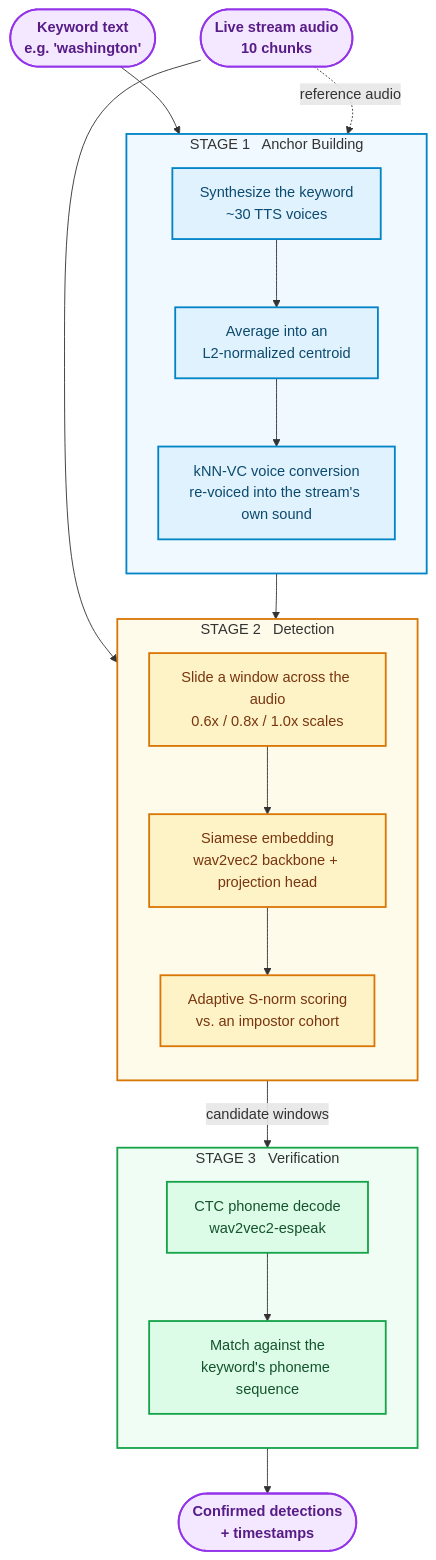
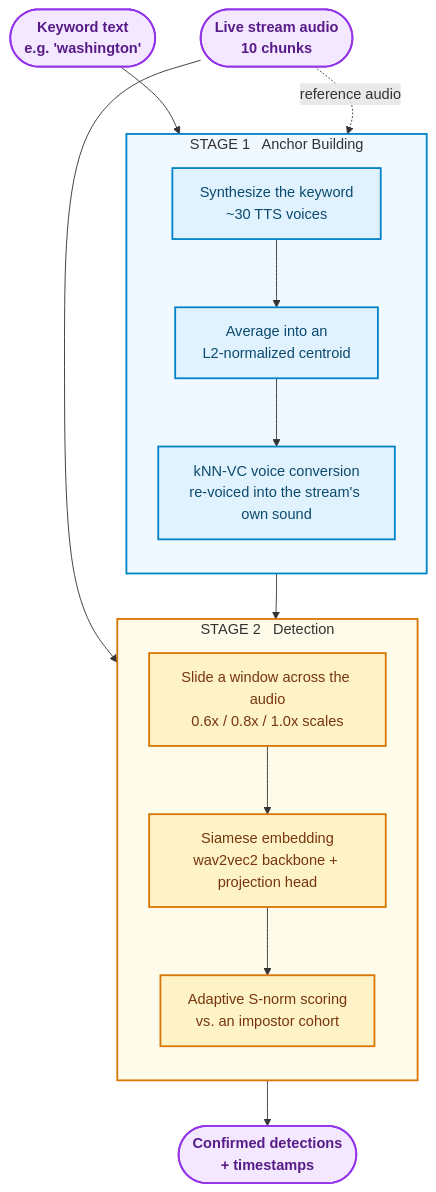
One commit to Fawwad795/Video-Context-Extraction-System changed the diagram in Siamese_VMS_Project/README.md. Above: the diagram before and after it, drawn with Mermaid. The commit also changed other lines of this file and 23 other files, not shown here.

First line of the commit message:
Remove Stage 3 phoneme verifier; consolidate to 2-stage production pipeline.

````diff
--- a/Siamese_VMS_Project/README.md
+++ b/Siamese_VMS_Project/README.md
@@ -39,50 +39,39 @@
 ```mermaid
 flowchart TD
     KW(["Keyword text<br/><b>e.g. 'washington'</b>"])
     STREAM(["Live stream audio<br/><b>10 chunks</b>"])
     RESULT(["Confirmed detections<br/><b>+ timestamps</b>"])
 
     subgraph S1["STAGE 1 &nbsp; Anchor Building"]
         direction TB
         TTS["Synthesize the keyword<br/>~30 TTS voices"]
         CENTROID["Average into an<br/>L2-normalized centroid"]
         KNNVC["kNN-VC voice conversion<br/>re-voiced into the stream's own sound"]
         TTS --> CENTROID --> KNNVC
     end
 
     subgraph S2["STAGE 2 &nbsp; Detection"]
         direction TB
         SLIDE["Slide a window across the audio<br/>0.6x / 0.8x / 1.0x scales"]
         EMBED["Siamese embedding<br/>wav2vec2 backbone + projection head"]
         ASNORM["Adaptive S-norm scoring<br/>vs. an impostor cohort"]
         SLIDE --> EMBED --> ASNORM
     end
 
-    subgraph S3["STAGE 3 &nbsp; Verification"]
-        direction TB
-        CTC["CTC phoneme decode<br/>wav2vec2-espeak"]
-        MATCH["Match against the<br/>keyword's phoneme sequence"]
-        CTC --> MATCH
-    end
-
     KW --> TTS
     STREAM -. reference audio .-> KNNVC
     KNNVC --> EMBED
     STREAM --> SLIDE
-    ASNORM -- "candidate windows" --> CTC
-    MATCH --> RESULT
+    ASNORM --> RESULT
 
     classDef io fill:#f3e8ff,stroke:#9333ea,stroke-width:2px,color:#581c87,font-weight:bold
     classDef stage1 fill:#e0f2fe,stroke:#0284c7,stroke-width:2px,color:#0c4a6e
     classDef stage2 fill:#fef3c7,stroke:#d97706,stroke-width:2px,color:#78350f
-    classDef stage3 fill:#dcfce7,stroke:#16a34a,stroke-width:2px,color:#14532d
 
     class KW,STREAM,RESULT io
     class TTS,CENTROID,KNNVC stage1
     class SLIDE,EMBED,ASNORM stage2
-    class CTC,MATCH stage3
 
     style S1 fill:#f0f9ff,stroke:#0284c7,stroke-width:2px
     style S2 fill:#fffbeb,stroke:#d97706,stroke-width:2px
-    style S3 fill:#f0fdf4,stroke:#16a34a,stroke-width:2px
 ```
````
